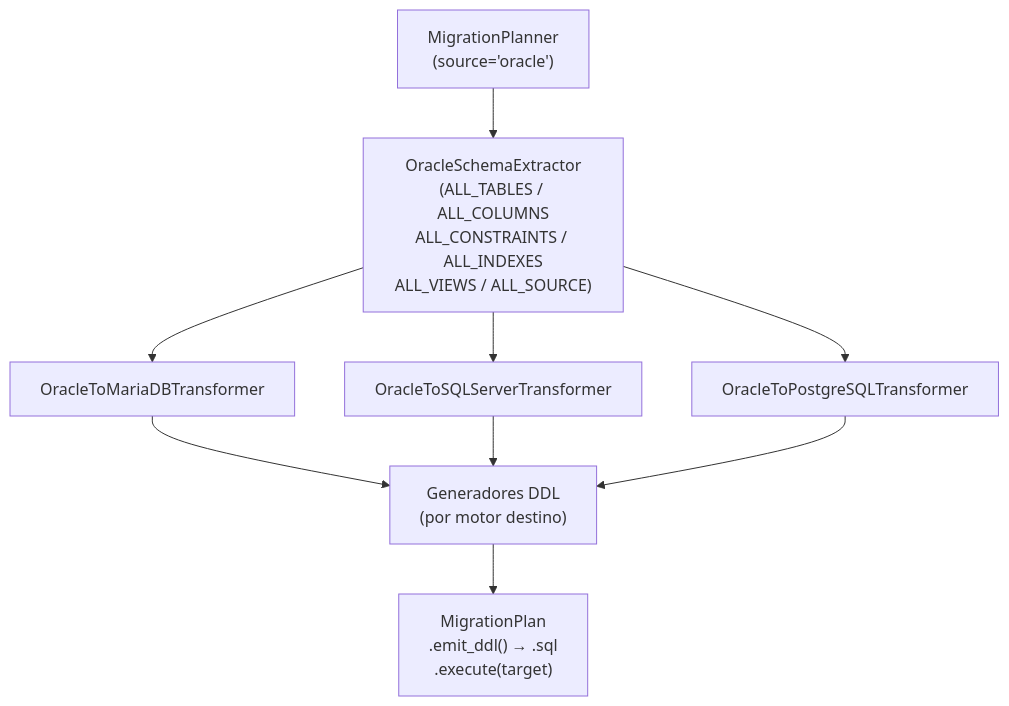
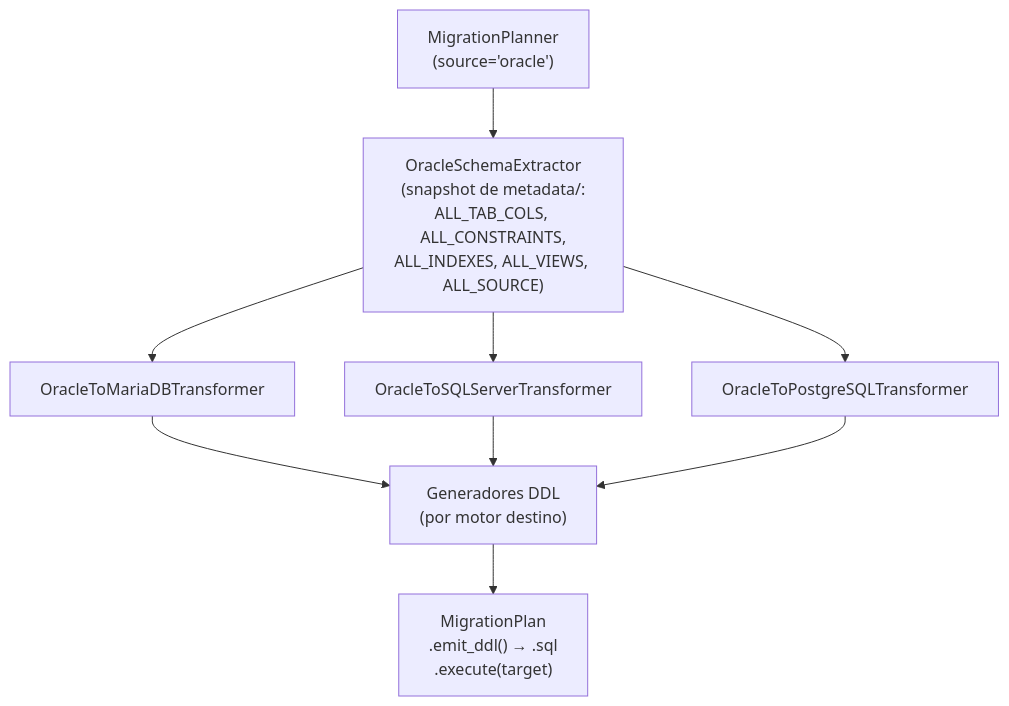
The diagram in docs/api/migrate_oracle_mariadb.md (fmanza/util_bbdd), drawn with Mermaid before and after one commit. The commit also changed other lines of this file and 53 other files, not shown here.

````diff
--- a/docs/api/migrate_oracle_mariadb.md
+++ b/docs/api/migrate_oracle_mariadb.md
@@ -7,15 +7,15 @@
 ```mermaid
 flowchart TD
     PL["MigrationPlanner\n(source='oracle')"]
-    EX["OracleSchemaExtractor\n(ALL_TABLES / ALL_COLUMNS\nALL_CONSTRAINTS / ALL_INDEXES\nALL_VIEWS / ALL_SOURCE)"]
+    EX["OracleSchemaExtractor\n(snapshot de metadata/:\nALL_TAB_COLS, ALL_CONSTRAINTS,\nALL_INDEXES, ALL_VIEWS, ALL_SOURCE)"]
     TR_MB["OracleToMariaDBTransformer"]
     TR_SS["OracleToSQLServerTransformer"]
     TR_PG["OracleToPostgreSQLTransformer"]
     EM["Generadores DDL\n(por motor destino)"]
     OUT["MigrationPlan\n.emit_ddl() → .sql\n.execute(target)"]
 
     PL --> EX
     EX --> TR_MB & TR_SS & TR_PG
     TR_MB & TR_SS & TR_PG --> EM
     EM --> OUT
 ```
````
